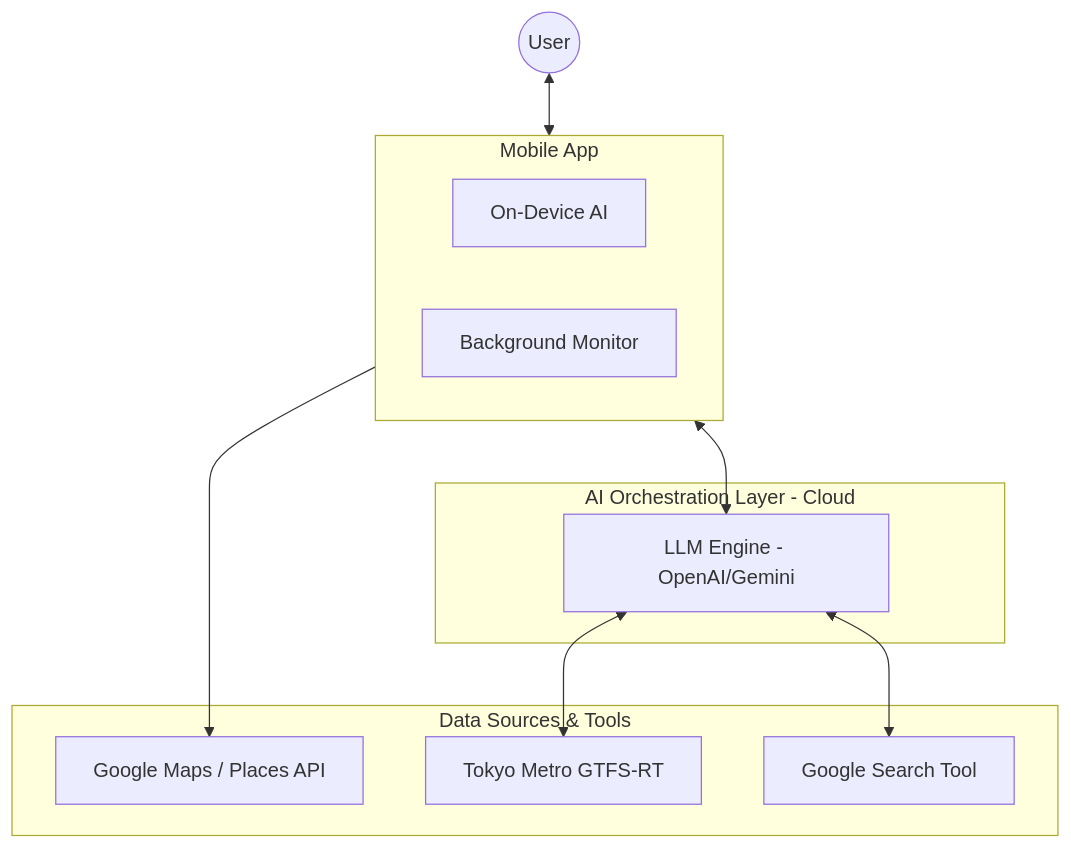
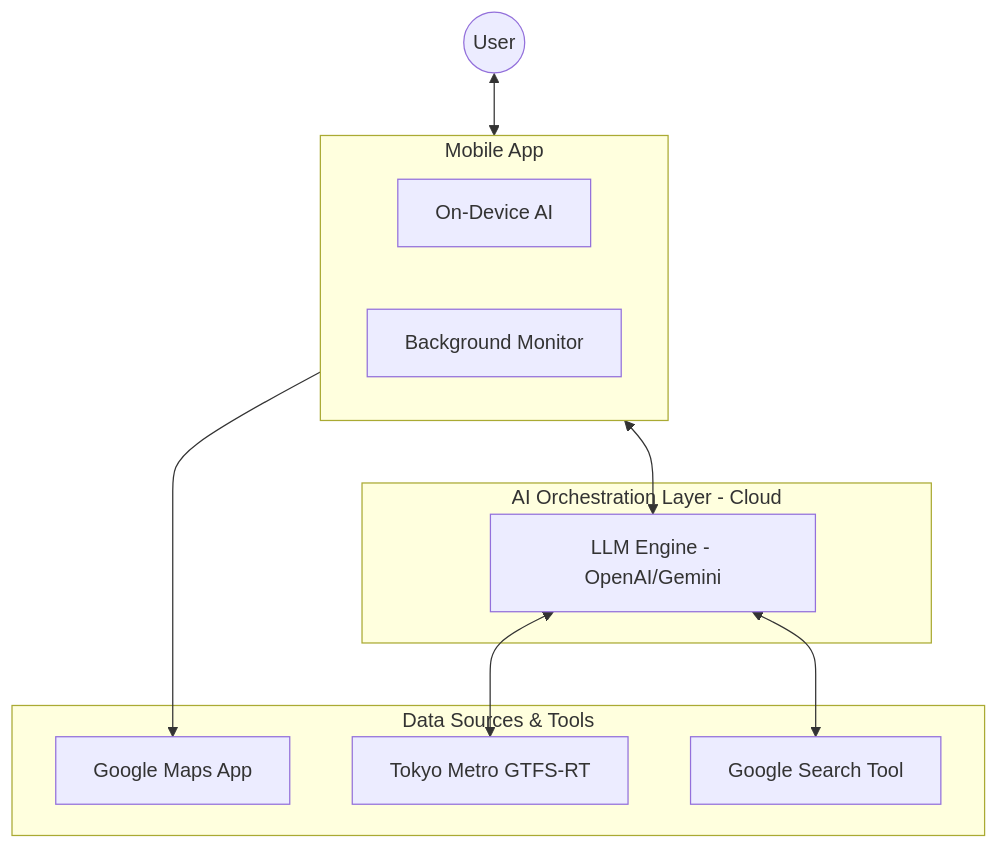
Before and after one commit to keiseiisobe/pocket-secure-base: the diagram in docs/ARCHITECTURE.md, drawn with Mermaid. The commit also changed other lines of this file and 2 other files, not shown here.

````diff
--- a/docs/ARCHITECTURE.md
+++ b/docs/ARCHITECTURE.md
@@ -9,29 +9,29 @@
 ```mermaid
 graph TD
     %% User Layer
     User((User)) <--> MobileApp_Block
 
     %% Mobile App Components
     subgraph MobileApp_Block [Mobile App]
         LocalAI[On-Device AI]
         BackgroundMonitor[Background Monitor]
     end
 
     %% Cloud / Backend Layer
     subgraph Cloud_Orchestrator [AI Orchestration Layer - Cloud]
         LLM[LLM Engine - OpenAI/Gemini]
     end
 
     %% External Data Sources (Tools)
     subgraph External_APIs [Data Sources & Tools]
-        GMap[Google Maps / Places API]
+        GMap[Google Maps App]
         ODPT[Tokyo Metro GTFS-RT]
         GSearch[Google Search Tool]
     end
 
     %% Connections
     MobileApp_Block <--> LLM
     LLM <--> ODPT
     LLM <--> GSearch
     MobileApp_Block --> GMap
 ```
````
